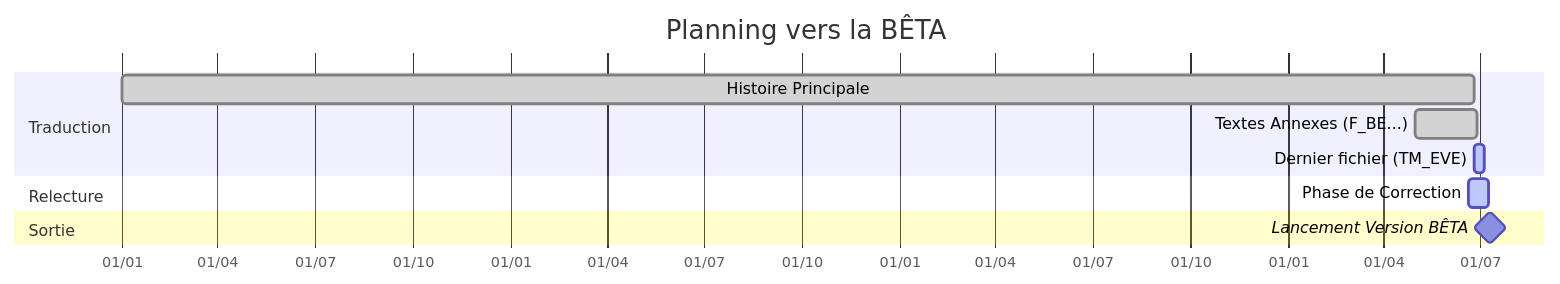
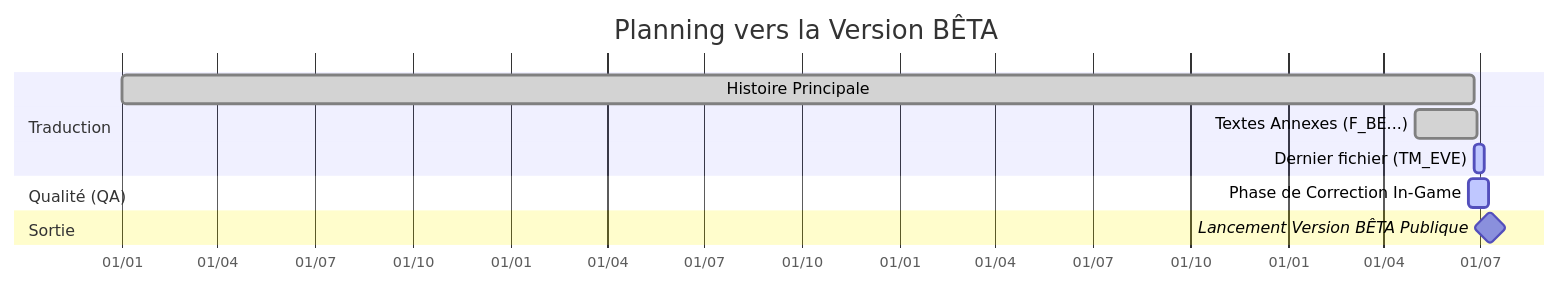
Before and after one commit to Grimoire-du-Coeur/P2-IS-FR-PSP: the second of 2 diagrams in SUIVI.md, drawn with Mermaid. The commit also changed other lines of this file and 4 other files, not shown here.

Commit message:
docs: Refonte graphique complÃ¨te de la documentation

````diff
--- a/SUIVI.md
+++ b/SUIVI.md
@@ -55,17 +54,17 @@
 ```mermaid
 gantt
-    title Planning vers la BÊTA
+    title Planning vers la Version BÊTA
     dateFormat  YYYY-MM-DD
     axisFormat  %d/%m
     
     section Traduction
     Histoire Principale      :done,    des1, 2023-01-01, 2026-06-25
     Textes Annexes (F_BE...) :done,    des2, 2026-05-01, 2026-06-28
     Dernier fichier (TM_EVE) :active,  des3, 2026-06-25, 2026-07-05
     
-    section Relecture
-    Phase de Correction      :active,  rel1, 2026-06-20, 2026-07-09
+    section Qualité (QA)
+    Phase de Correction In-Game :active,  rel1, 2026-06-20, 2026-07-09
     
     section Sortie
-    Lancement Version BÊTA   :milestone, 2026-07-10, 0d
+    Lancement Version BÊTA Publique   :milestone, 2026-07-10, 0d
 ```
````
